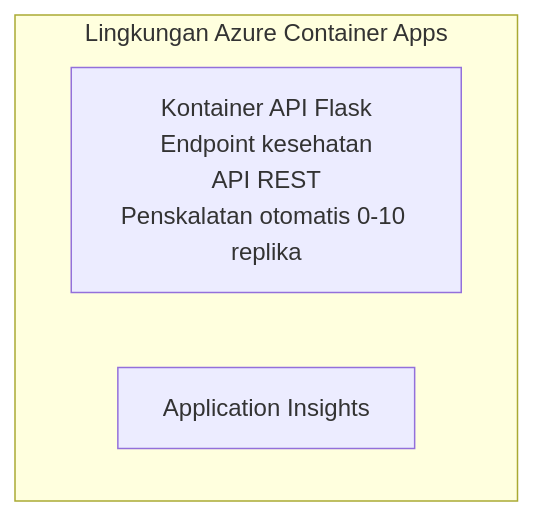
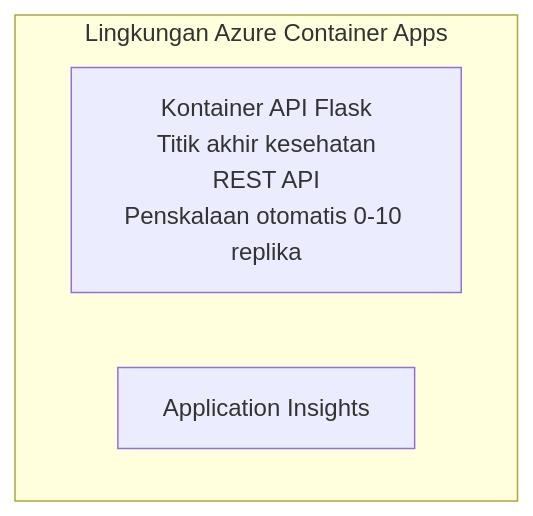
Before and after one commit to microsoft/AZD-for-beginners: the diagram in translations/id/examples/container-app/simple-flask-api/README.md, drawn with Mermaid. The commit also changed other lines of this file and 104 other files, not shown here.

````diff
--- a/translations/id/examples/container-app/simple-flask-api/README.md
+++ b/translations/id/examples/container-app/simple-flask-api/README.md
@@ -26,7 +26,7 @@
 ```mermaid
 graph TD
     subgraph ACA[Lingkungan Azure Container Apps]
-        Flask[Kontainer API Flask<br/>Endpoint kesehatan<br/>API REST<br/>Penskalatan otomatis 0-10 replika]
+        Flask[Kontainer API Flask<br/>Titik akhir kesehatan<br/>REST API<br/>Penskalaan otomatis 0-10 replika]
         AppInsights[Application Insights]
     end
 ```
````
